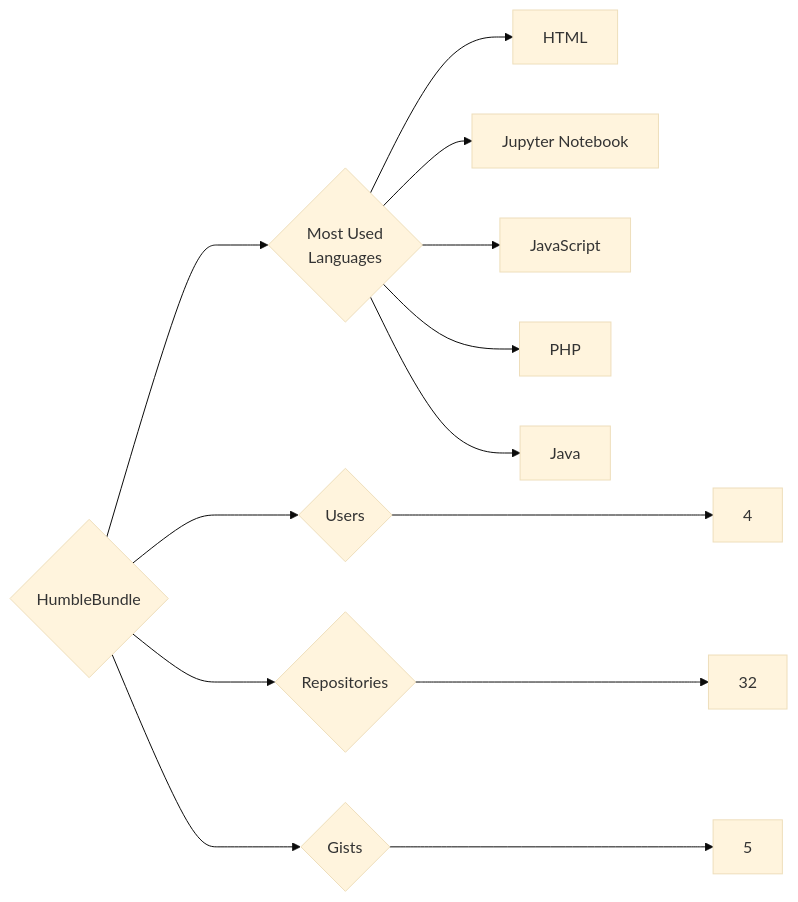
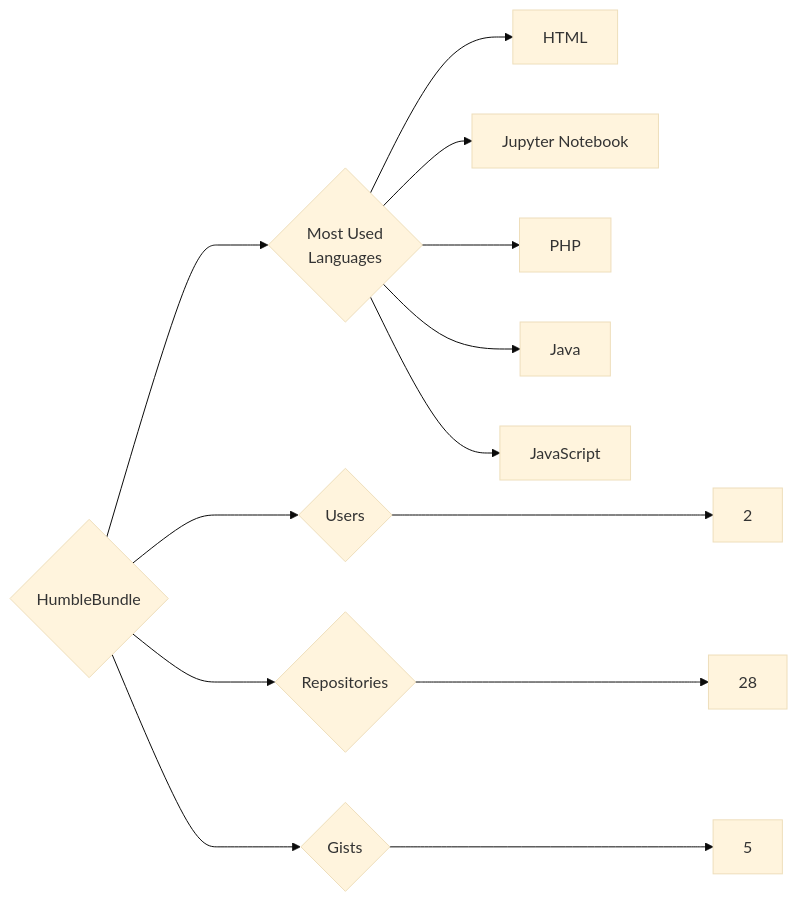
Before and after one commit to trickest/insiders: the diagram in targets/HumbleBundle/README.md, drawn with Mermaid (base theme). The commit also changed 724 other files, not shown here.

````diff
--- a/targets/HumbleBundle/README.md
+++ b/targets/HumbleBundle/README.md
@@ -3,13 +3,13 @@
 ```mermaid
 graph LR
 COMPANY_NAME{HumbleBundle}
-COMPANY_NAME ---> U{Users} ---> UN[4]
-COMPANY_NAME ---> R{Repositories} ---> RN[32]
+COMPANY_NAME ---> U{Users} ---> UN[2]
+COMPANY_NAME ---> R{Repositories} ---> RN[28]
 COMPANY_NAME ---> G{Gists} ---> GN[5]
 COMPANY_NAME ---> ML{Most Used<br>Languages}
 ML --> HTML[HTML]
 ML --> Jupyter_Notebook[Jupyter Notebook]
-ML --> JavaScript[JavaScript]
 ML --> PHP[PHP]
 ML --> Java[Java]
+ML --> JavaScript[JavaScript]
 ```
````
